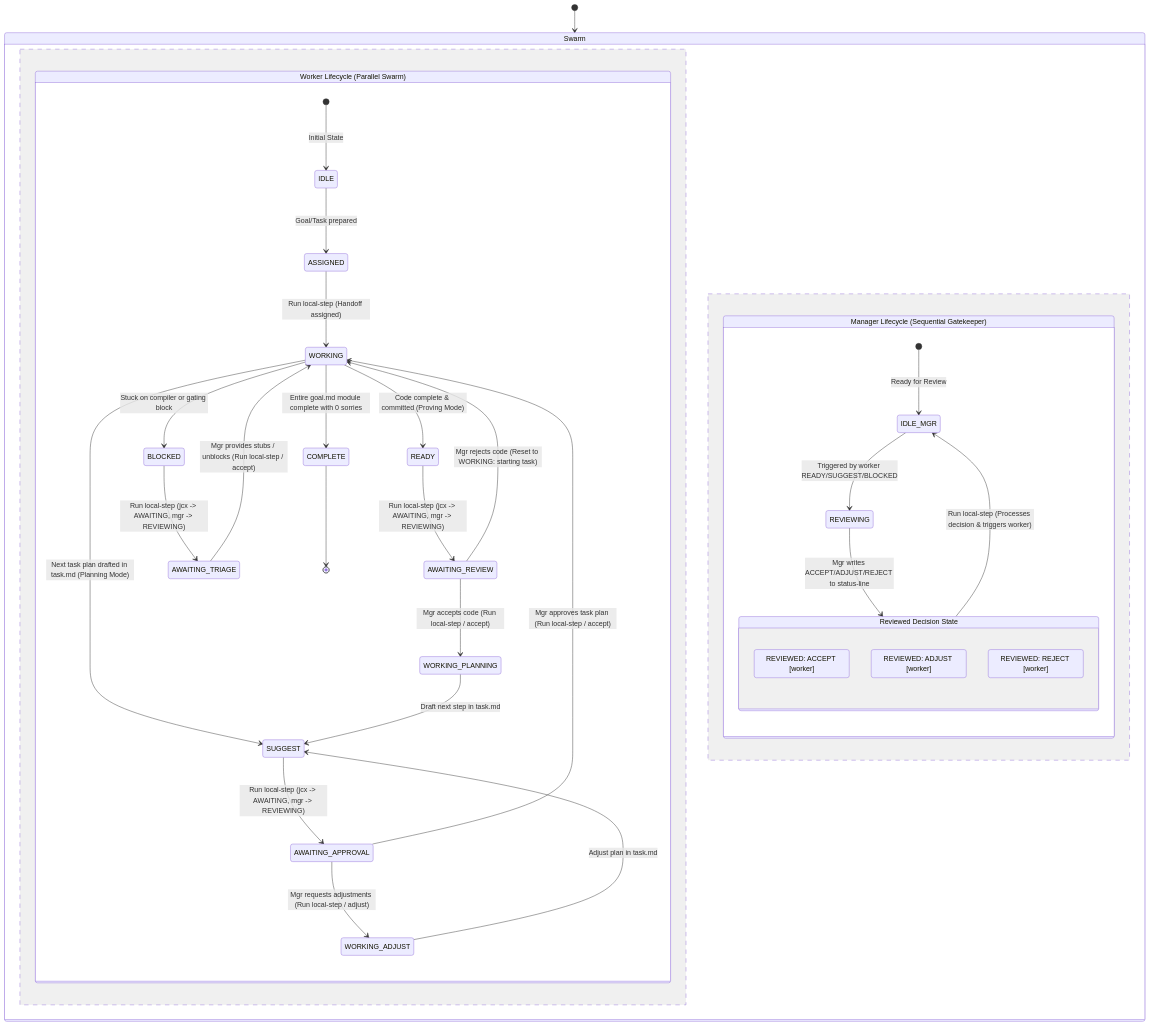
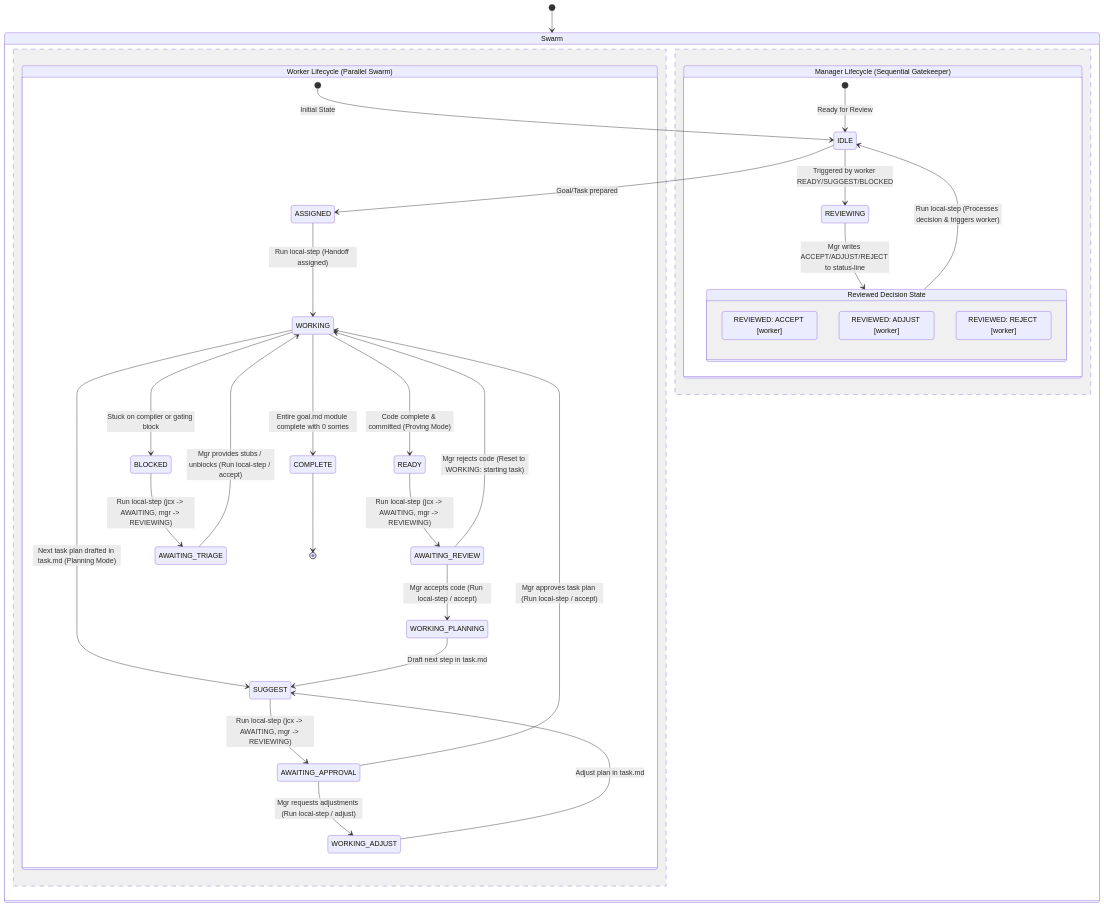
Before and after one commit to tangentstorm/scialect: the diagram in docs/state-machine.md, drawn with Mermaid.

Commit message:
docs: rename IDLE_MGR to IDLE to model manager as a worker

````diff
--- a/docs/state-machine.md
+++ b/docs/state-machine.md
@@ -13,46 +13,46 @@
 ```mermaid
 stateDiagram-v2
     [*] --> Swarm
     state Swarm {
         state "Worker Lifecycle (Parallel Swarm)" as WorkerLifecycle {
             [*] --> IDLE : Initial State
             IDLE --> ASSIGNED : Goal/Task prepared
             ASSIGNED --> WORKING : Run local-step (Handoff assigned)
             
             WORKING --> READY : Code complete & committed (Proving Mode)
             WORKING --> SUGGEST : Next task plan drafted in task.md (Planning Mode)
             WORKING --> BLOCKED : Stuck on compiler or gating block
             
             READY --> AWAITING_REVIEW : Run local-step (jcx -> AWAITING, mgr -> REVIEWING)
             SUGGEST --> AWAITING_APPROVAL : Run local-step (jcx -> AWAITING, mgr -> REVIEWING)
             BLOCKED --> AWAITING_TRIAGE : Run local-step (jcx -> AWAITING, mgr -> REVIEWING)
             
             AWAITING_REVIEW --> WORKING_PLANNING : Mgr accepts code (Run local-step / accept)
             AWAITING_APPROVAL --> WORKING : Mgr approves task plan (Run local-step / accept)
             AWAITING_TRIAGE --> WORKING : Mgr provides stubs / unblocks (Run local-step / accept)
             
             AWAITING_REVIEW --> WORKING : Mgr rejects code (Reset to WORKING: starting task)
             AWAITING_APPROVAL --> WORKING_ADJUST : Mgr requests adjustments (Run local-step / adjust)
             
             WORKING_PLANNING --> SUGGEST : Draft next step in task.md
             WORKING_ADJUST --> SUGGEST : Adjust plan in task.md
             
             WORKING --> COMPLETE : Entire goal.md module complete with 0 sorries
             COMPLETE --> [*]
         }
         --
         state "Manager Lifecycle (Sequential Gatekeeper)" as ManagerLifecycle {
-            [*] --> IDLE_MGR : Ready for Review
-            IDLE_MGR --> REVIEWING : Triggered by worker READY/SUGGEST/BLOCKED
+            [*] --> IDLE : Ready for Review
+            IDLE --> REVIEWING : Triggered by worker READY/SUGGEST/BLOCKED
             REVIEWING --> REVIEWED_DECISION : Mgr writes ACCEPT/ADJUST/REJECT to status-line
             
             state "Reviewed Decision State" as REVIEWED_DECISION {
                 REVIEWED_ACCEPT : REVIEWED: ACCEPT [worker]
                 REVIEWED_ADJUST : REVIEWED: ADJUST [worker]
                 REVIEWED_REJECT : REVIEWED: REJECT [worker]
             }
             
-            REVIEWED_DECISION --> IDLE_MGR : Run local-step (Processes decision & triggers worker)
+            REVIEWED_DECISION --> IDLE : Run local-step (Processes decision & triggers worker)
         }
     }
 ```
````
